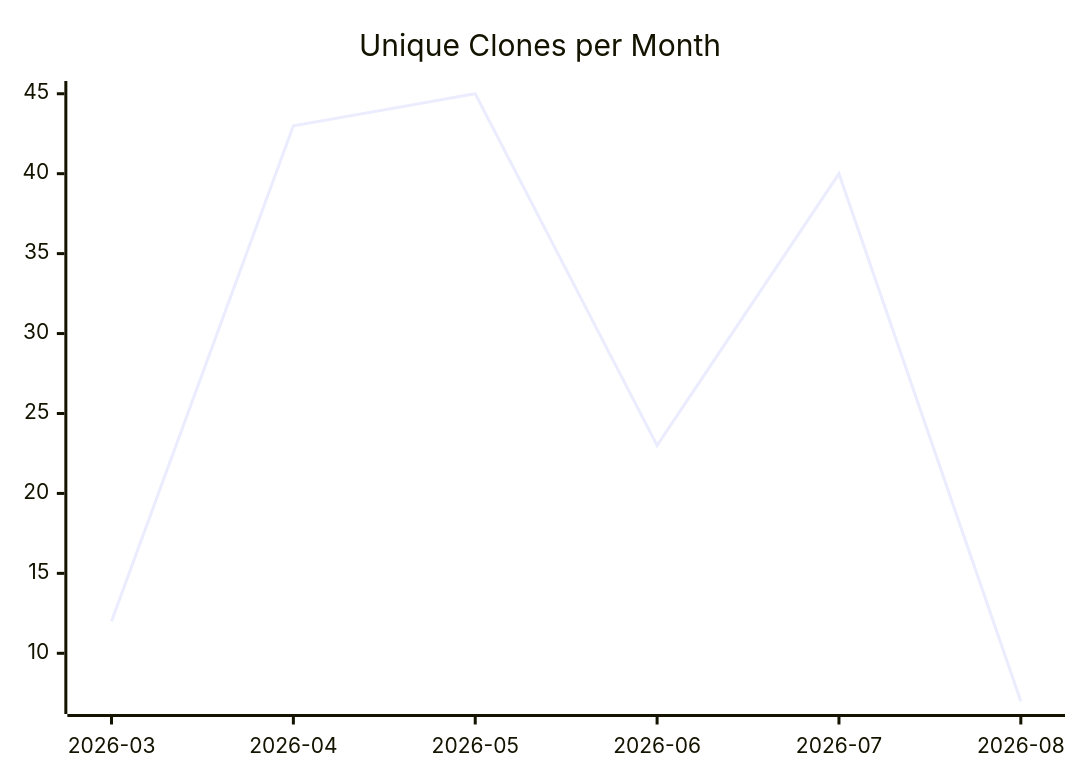
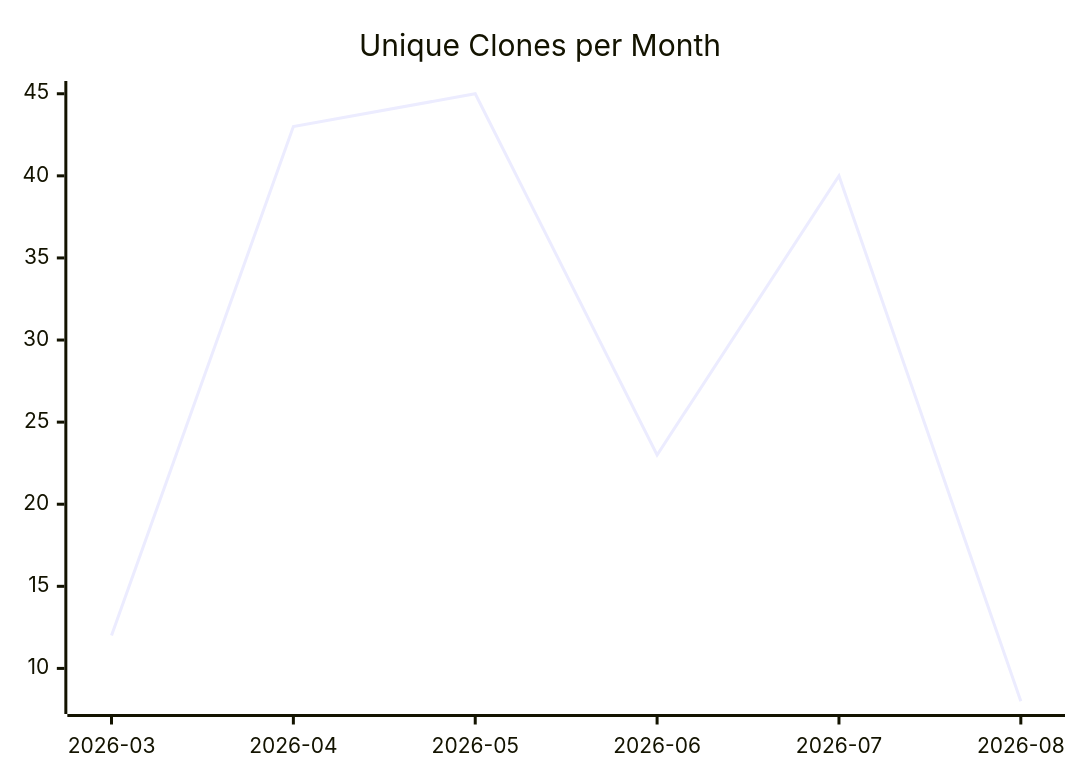
One commit to justdavis-family/github-analytics-data changed the third of 3 diagrams in karlmdavis/ksoap2-android/README.md. Above: the diagram before and after it, drawn with Mermaid. The commit also changed other lines of this file and 190 other files, not shown here.

````diff
--- a/karlmdavis/ksoap2-android/README.md
+++ b/karlmdavis/ksoap2-android/README.md
@@ -19,6 +19,6 @@
 ```mermaid
 xychart-beta
   title "Unique Clones per Month"
   x-axis ["2026-03", "2026-04", "2026-05", "2026-06", "2026-07", "2026-08"]
-  line [12, 43, 45, 23, 40, 7]
+  line [12, 43, 45, 23, 40, 8]
 ```
````
